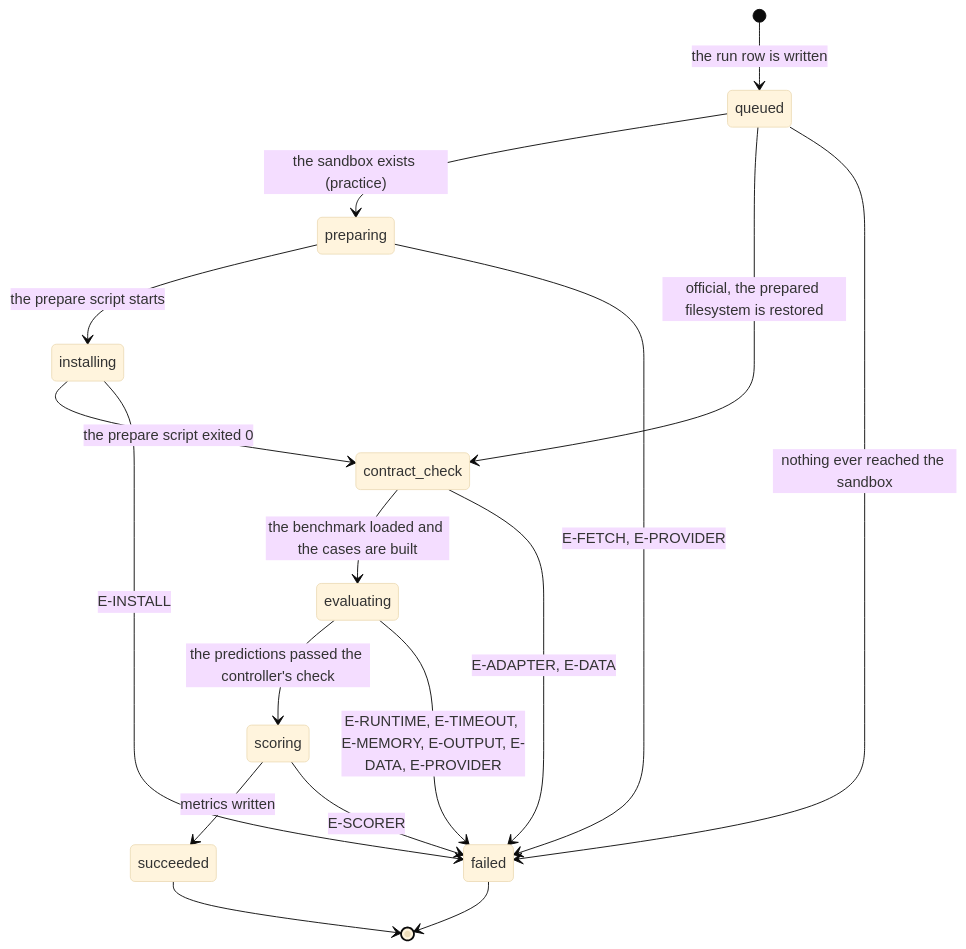
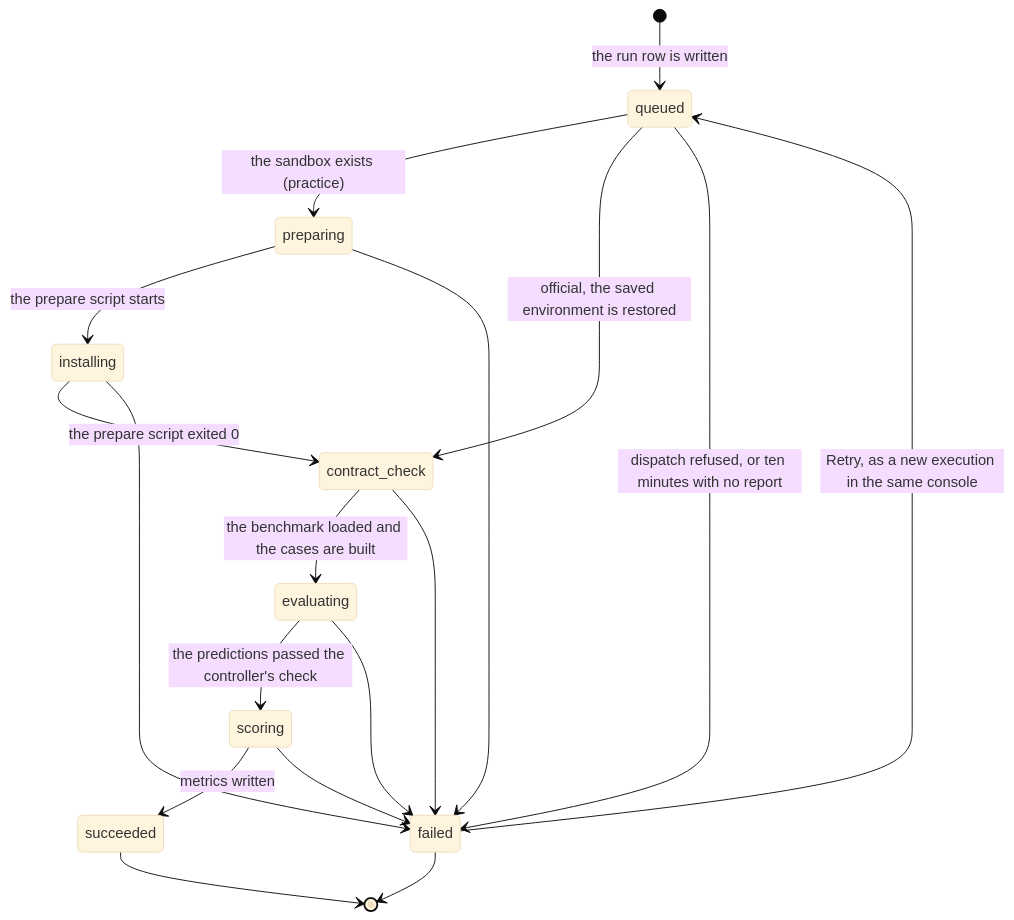
One commit to SamGu-NRX/CogPortal changed the diagram in docs/product-description/foundations/the-run.md. Above: the diagram before and after it, drawn with Mermaid (base theme). The commit also changed other lines of this file and 41 other files, not shown here.

````diff
--- a/docs/product-description/foundations/the-run.md
+++ b/docs/product-description/foundations/the-run.md
@@ -21,19 +21,20 @@
 ```mermaid
 stateDiagram-v2
     [*] --> queued : the run row is written
     queued --> preparing : the sandbox exists (practice)
     preparing --> installing : the prepare script starts
     installing --> contract_check : the prepare script exited 0
-    queued --> contract_check : official, the prepared filesystem is restored
+    queued --> contract_check : official, the saved environment is restored
     contract_check --> evaluating : the benchmark loaded and the cases are built
     evaluating --> scoring : the predictions passed the controller's check
     scoring --> succeeded : metrics written
-    queued --> failed : nothing ever reached the sandbox
-    preparing --> failed : E-FETCH, E-PROVIDER
-    installing --> failed : E-INSTALL
-    contract_check --> failed : E-ADAPTER, E-DATA
-    evaluating --> failed : E-RUNTIME, E-TIMEOUT, E-MEMORY, E-OUTPUT, E-DATA, E-PROVIDER
-    scoring --> failed : E-SCORER
+    queued --> failed : dispatch refused, or ten minutes with no report
+    preparing --> failed
+    installing --> failed
+    contract_check --> failed
+    evaluating --> failed
+    scoring --> failed
+    failed --> queued : Retry, as a new execution in the same console
     succeeded --> [*]
     failed --> [*]
 ```
````
